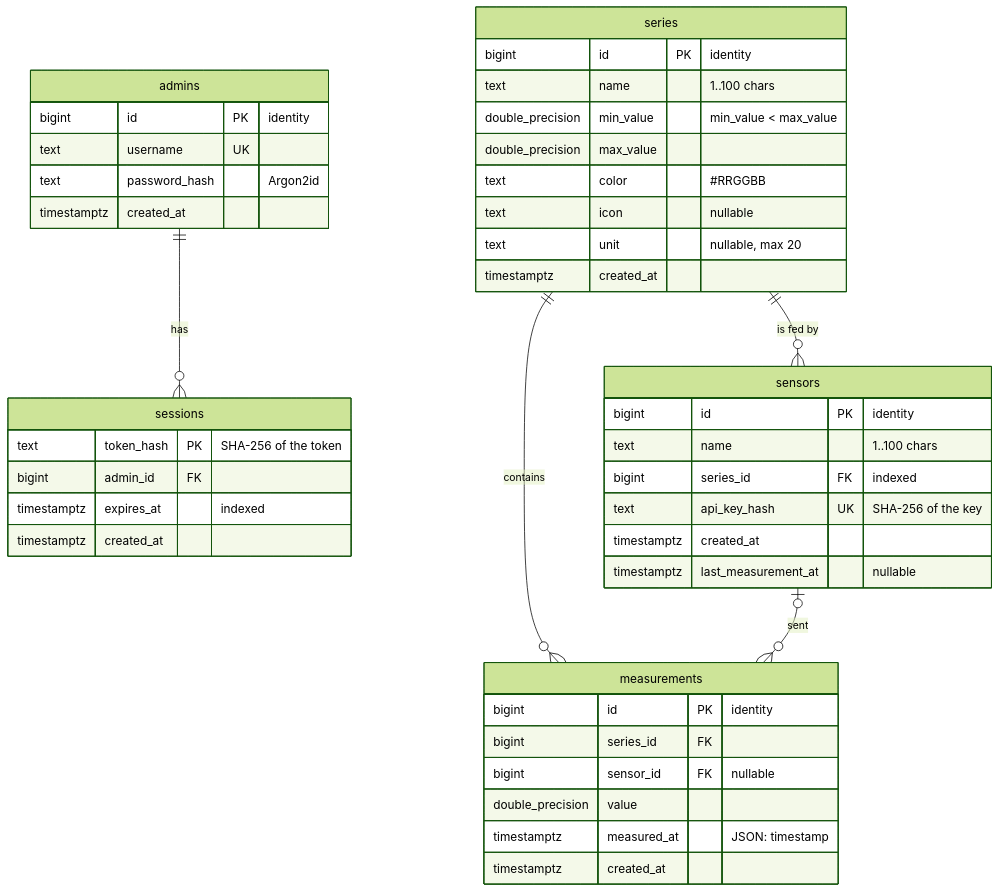
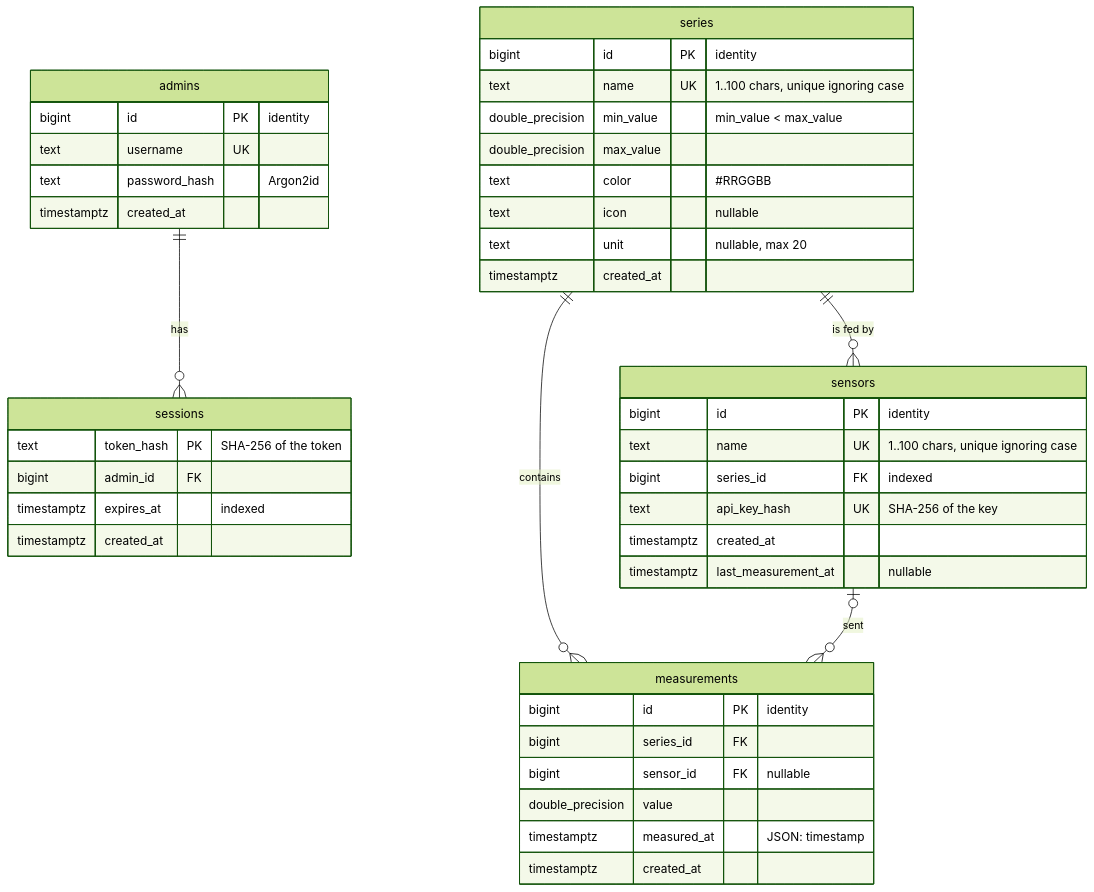
Before and after one commit to Manomenu/zaawansowane-aplikacje-internetowe-2026Z: the diagram in docs/erd.md, drawn with Mermaid (forest theme). The commit also changed other lines of this file and 4 other files, not shown here.

Commit message:
[docs,config] updated ERD docs to reflect unique name constraints and marked svg as generated

````diff
--- a/docs/erd.md
+++ b/docs/erd.md
@@ -7,46 +8,46 @@
 ```mermaid
 erDiagram
     admins ||--o{ sessions : "has"
     series ||--o{ sensors : "is fed by"
     series ||--o{ measurements : "contains"
     sensors |o--o{ measurements : "sent"
 
     admins {
         bigint id PK "identity"
         text username UK
         text password_hash "Argon2id"
         timestamptz created_at
     }
     sessions {
         text token_hash PK "SHA-256 of the token"
         bigint admin_id FK
         timestamptz expires_at "indexed"
         timestamptz created_at
     }
     series {
         bigint id PK "identity"
-        text name "1..100 chars"
+        text name UK "1..100 chars, unique ignoring case"
         double_precision min_value "min_value < max_value"
         double_precision max_value
         text color "#RRGGBB"
         text icon "nullable"
         text unit "nullable, max 20"
         timestamptz created_at
     }
     sensors {
         bigint id PK "identity"
-        text name "1..100 chars"
+        text name UK "1..100 chars, unique ignoring case"
         bigint series_id FK "indexed"
         text api_key_hash UK "SHA-256 of the key"
         timestamptz created_at
         timestamptz last_measurement_at "nullable"
     }
     measurements {
         bigint id PK "identity"
         bigint series_id FK
         bigint sensor_id FK "nullable"
         double_precision value
         timestamptz measured_at "JSON: timestamp"
         timestamptz created_at
     }
 ```
````
